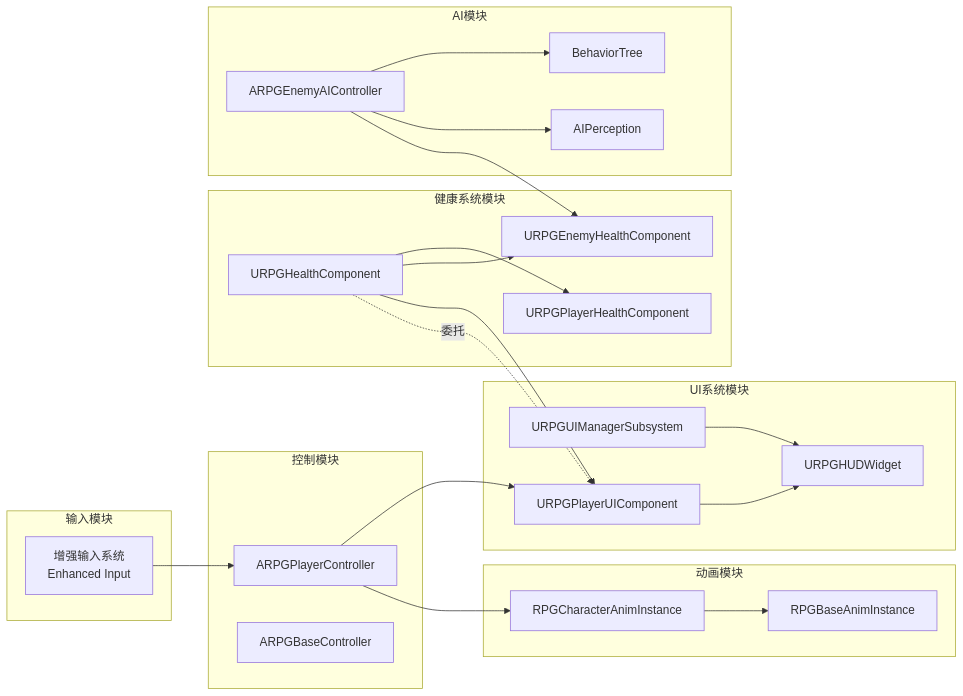
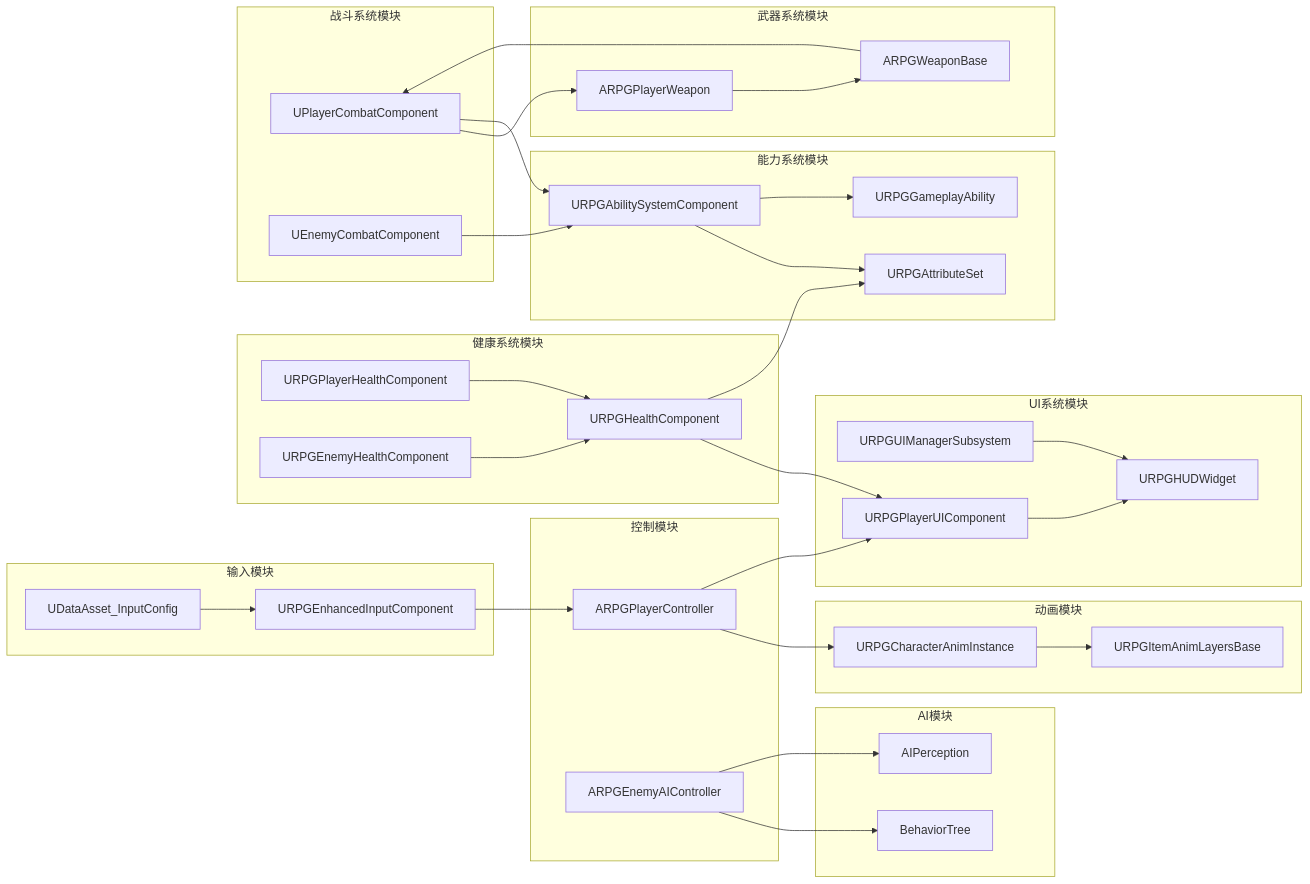
The second of 12 diagrams in Source/Docs/SummaryDesign.md (ARK31415/RPG), drawn with Mermaid before and after one commit. The commit also changed other lines of this file and 11 other files, not shown here.

````diff
--- a/Source/Docs/SummaryDesign.md
+++ b/Source/Docs/SummaryDesign.md
@@ -80,48 +81,71 @@
 ```mermaid
 graph LR
     subgraph 输入模块
-        IM[增强输入系统<br/>Enhanced Input]
+        IM[URPGEnhancedInputComponent]
+        IC[UDataAsset_InputConfig]
     end
     
     subgraph 控制模块
         PC[ARPGPlayerController]
-        BC[ARPGBaseController]
+        AIC[ARPGEnemyAIController]
     end
     
     subgraph 动画模块
-        AI[RPGCharacterAnimInstance]
-        BA[RPGBaseAnimInstance]
+        CAI[URPGCharacterAnimInstance]
+        IAL[URPGItemAnimLayersBase]
     end
     
     subgraph 健康系统模块
         HC[URPGHealthComponent]
         PHC[URPGPlayerHealthComponent]
         EHC[URPGEnemyHealthComponent]
     end
     
     subgraph UI系统模块
-        UI[URPGUIManagerSubsystem]
+        UIS[URPGUIManagerSubsystem]
         HUD[URPGHUDWidget]
         PUI[URPGPlayerUIComponent]
     end
     
+    subgraph 战斗系统模块
+        PCom[UPlayerCombatComponent]
+        ECom[UEnemyCombatComponent]
+    end
+    
+    subgraph 武器系统模块
+        WB[ARPGWeaponBase]
+        PW[ARPGPlayerWeapon]
+    end
+    
+    subgraph 能力系统模块
+        ASC[URPGAbilitySystemComponent]
+        AS[URPGAttributeSet]
+        GA[URPGGameplayAbility]
+    end
+    
     subgraph AI模块
-        AIC[ARPGEnemyAIController]
         BT[BehaviorTree]
         AP[AIPerception]
     end
     
     IM --> PC
+    IC --> IM
+    PC --> CAI
     PC --> PUI
-    PC --> AI
-    AI --> BA
-    HC --> PHC
-    HC --> EHC
-    HC --> PUI
-    PUI --> HUD
-    UI --> HUD
     AIC --> BT
     AIC --> AP
-    AIC --> EHC
-    HC -.委托.-> PUI
+    PCom --> PW
+    PCom --> ASC
+    ECom --> ASC
+    WB --> PCom
+    PW --> WB
+    HC --> PUI
+    PHC --> HC
+    EHC --> HC
+    PUI --> HUD
+    UIS --> HUD
+    ASC --> AS
+    ASC --> GA
+    HC --> AS
+    CAI --> IAL
 ```
````
